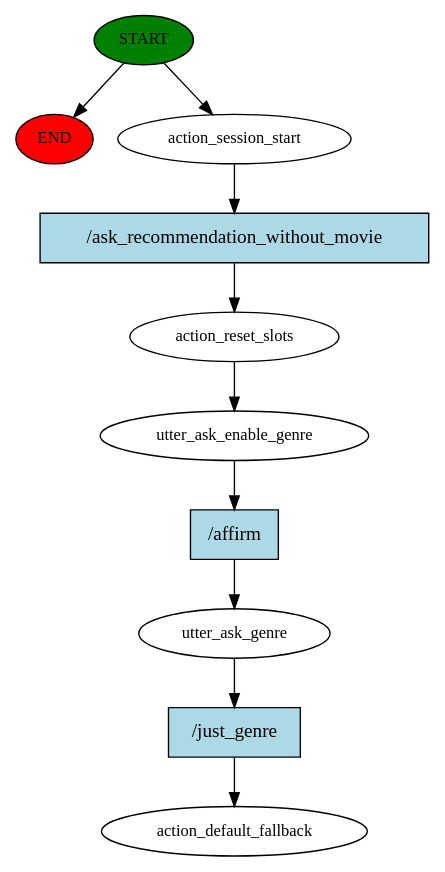
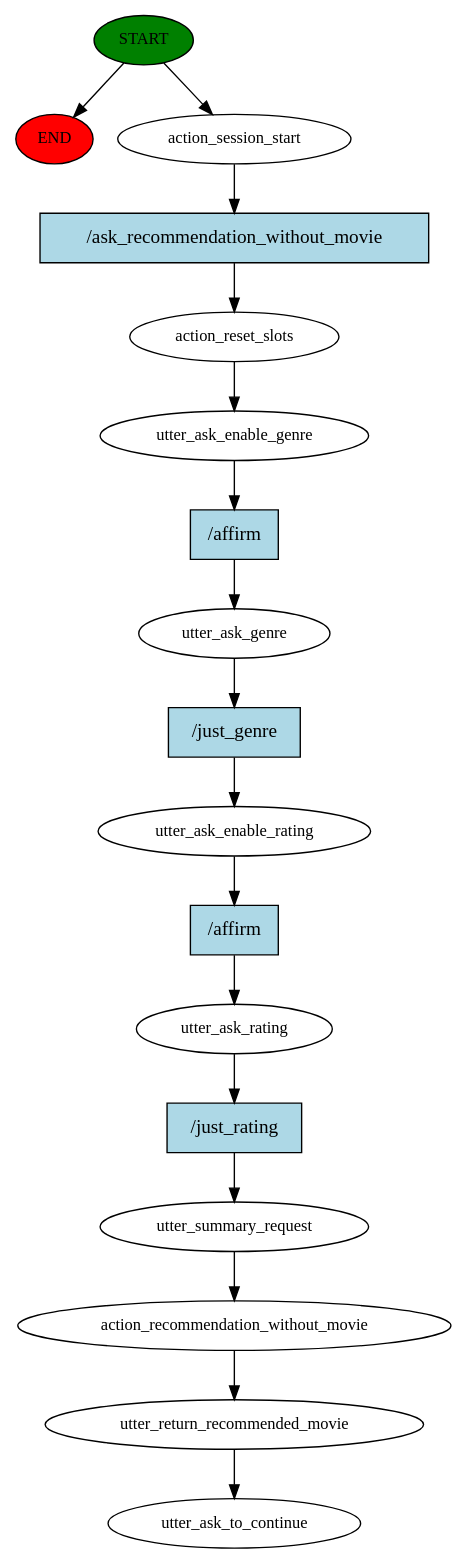
The diagram in story_graph.dot (Bru0x11/Human_Machine_Dialogue-Rasa), drawn with Graphviz before and after one commit. The commit also changed 653 other files, not shown here.

```diff
--- a/story_graph.dot
+++ b/story_graph.dot
@@ -1,21 +1,35 @@
 digraph  {
 0 [class="start active", fillcolor=green, fontsize=12, label=START, style=filled];
 "-1" [class=end, fillcolor=red, fontsize=12, label=END, style=filled];
 1 [class=active, fontsize=12, label=action_session_start];
 2 [class=active, fontsize=12, label=action_reset_slots];
 3 [class=active, fontsize=12, label=utter_ask_enable_genre];
 4 [class=active, fontsize=12, label=utter_ask_genre];
-5 [class="dashed active", fontsize=12, label=action_default_fallback];
-6 [class="intent active", fillcolor=lightblue, label="/ask_recommendation_without_movie", shape=rect, style=filled];
-7 [class="intent active", fillcolor=lightblue, label="/affirm", shape=rect, style=filled];
-8 [class="intent active", fillcolor=lightblue, label="/just_genre", shape=rect, style=filled];
+5 [class=active, fontsize=12, label=utter_ask_enable_rating];
+6 [class=active, fontsize=12, label=utter_ask_rating];
+7 [class=active, fontsize=12, label=utter_summary_request];
+8 [class=active, fontsize=12, label=action_recommendation_without_movie];
+9 [class=active, fontsize=12, label=utter_return_recommended_movie];
+10 [class="dashed active", fontsize=12, label=utter_ask_to_continue];
+11 [class="intent active", fillcolor=lightblue, label="/ask_recommendation_without_movie", shape=rect, style=filled];
+12 [class="intent active", fillcolor=lightblue, label="/affirm", shape=rect, style=filled];
+13 [class="intent active", fillcolor=lightblue, label="/just_genre", shape=rect, style=filled];
+14 [class="intent active", fillcolor=lightblue, label="/affirm", shape=rect, style=filled];
+15 [class="intent active", fillcolor=lightblue, label="/just_rating", shape=rect, style=filled];
 0 -> "-1"  [class="", key=NONE, label=""];
 0 -> 1  [class=active, key=NONE, label=""];
-1 -> 6  [class=active, key=0];
+1 -> 11  [class=active, key=0];
 2 -> 3  [class=active, key=NONE, label=""];
-3 -> 7  [class=active, key=0];
-4 -> 8  [class=active, key=0];
-6 -> 2  [class=active, key=0];
-7 -> 4  [class=active, key=0];
-8 -> 5  [class=active, key=0];
+3 -> 12  [class=active, key=0];
+4 -> 13  [class=active, key=0];
+5 -> 14  [class=active, key=0];
+6 -> 15  [class=active, key=0];
+7 -> 8  [class=active, key=NONE, label=""];
+8 -> 9  [class=active, key=NONE, label=""];
+9 -> 10  [class=active, key=NONE, label=""];
+11 -> 2  [class=active, key=0];
+12 -> 4  [class=active, key=0];
+13 -> 5  [class=active, key=0];
+14 -> 6  [class=active, key=0];
+15 -> 7  [class=active, key=0];
 }
```
